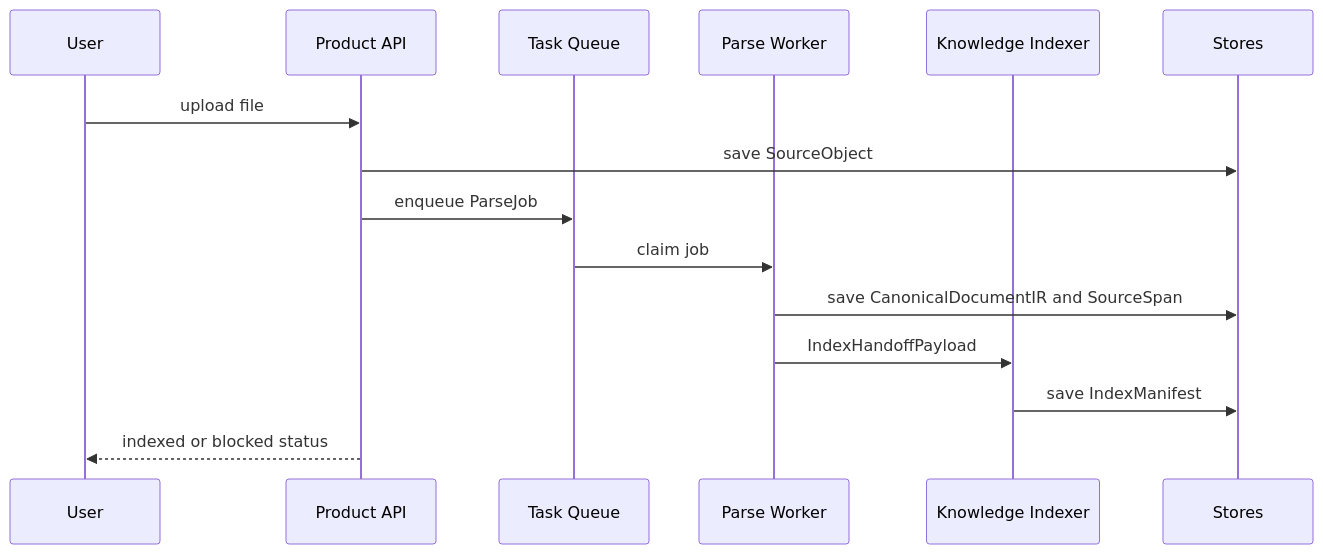
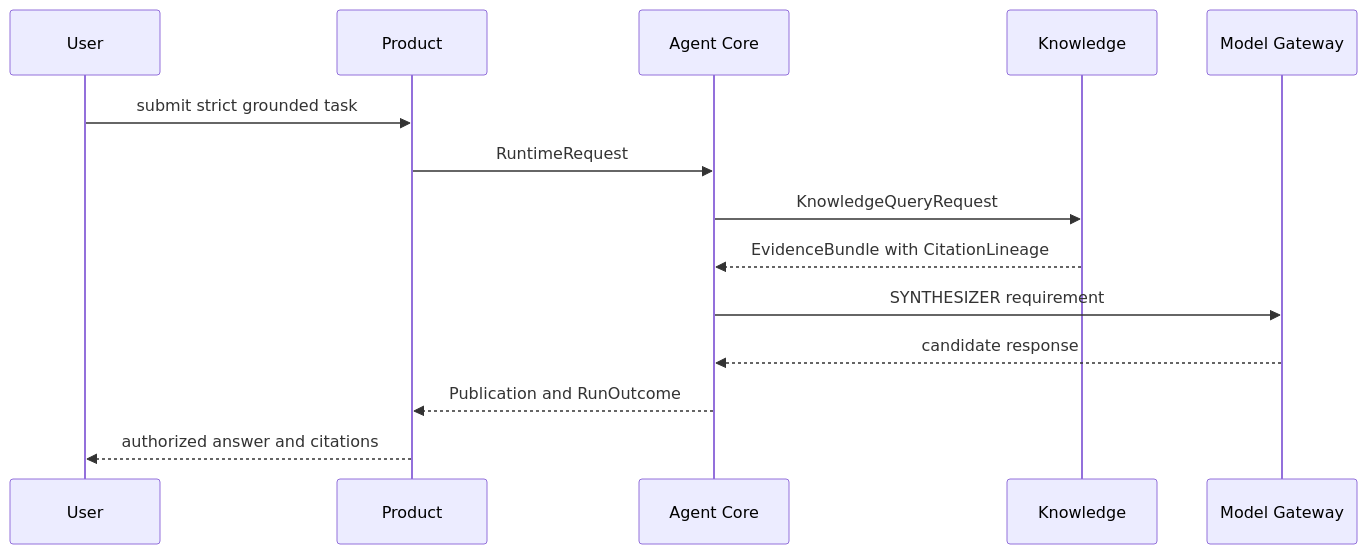
Before and after one commit to ProfessorZhi/Zuno: diagram 13 of 30 in docs/architecture/architecture-views.md, drawn with Mermaid. The commit also changed other lines of this file and 14 other files, not shown here.

Commit message:
docs: align total architecture with canonical module designs

````diff
--- a/docs/architecture/architecture-views.md
+++ b/docs/architecture/architecture-views.md
@@ -263,17 +202,16 @@
 ```mermaid
 sequenceDiagram
   participant U as User
-  participant API as Product API
-  participant Q as Task Queue
-  participant P as Parse Worker
-  participant K as Knowledge Indexer
-  participant S as Stores
-  U->>API: upload file
-  API->>S: save SourceObject
-  API->>Q: enqueue ParseJob
-  Q->>P: claim job
-  P->>S: save CanonicalDocumentIR and SourceSpan
-  P->>K: IndexHandoffPayload
-  K->>S: save IndexManifest
-  API-->>U: indexed or blocked status
+  participant P as Product
+  participant A as Agent Core
+  participant K as Knowledge
+  participant M as Model Gateway
+  U->>P: submit strict grounded task
+  P->>A: RuntimeRequest
+  A->>K: KnowledgeQueryRequest
+  K-->>A: EvidenceBundle with CitationLineage
+  A->>M: SYNTHESIZER requirement
+  M-->>A: candidate response
+  A-->>P: Publication and RunOutcome
+  P-->>U: authorized answer and citations
 ```
````
